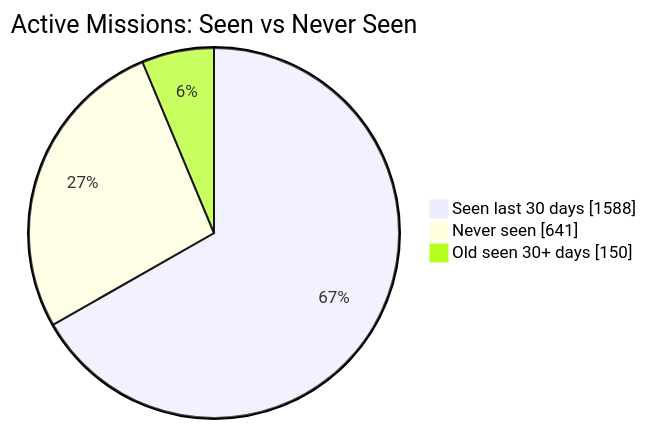
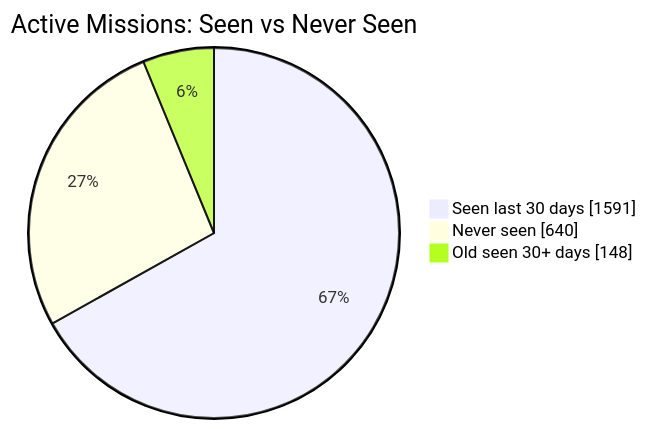
Before and after one commit to MeldkamerspelGameTeam/active-missions: the first of 2 diagrams in README.md, drawn with Mermaid. The commit also changed other lines of this file and 4 other files, not shown here.

````diff
--- a/README.md
+++ b/README.md
@@ -34,7 +34,7 @@
 ```mermaid
 pie showData
     title Active Missions: Seen vs Never Seen
-    "Seen last 30 days" : 1588
-    "Never seen" : 641
-    "Old seen 30+ days" : 150
+    "Seen last 30 days" : 1591
+    "Never seen" : 640
+    "Old seen 30+ days" : 148
 ```
````
